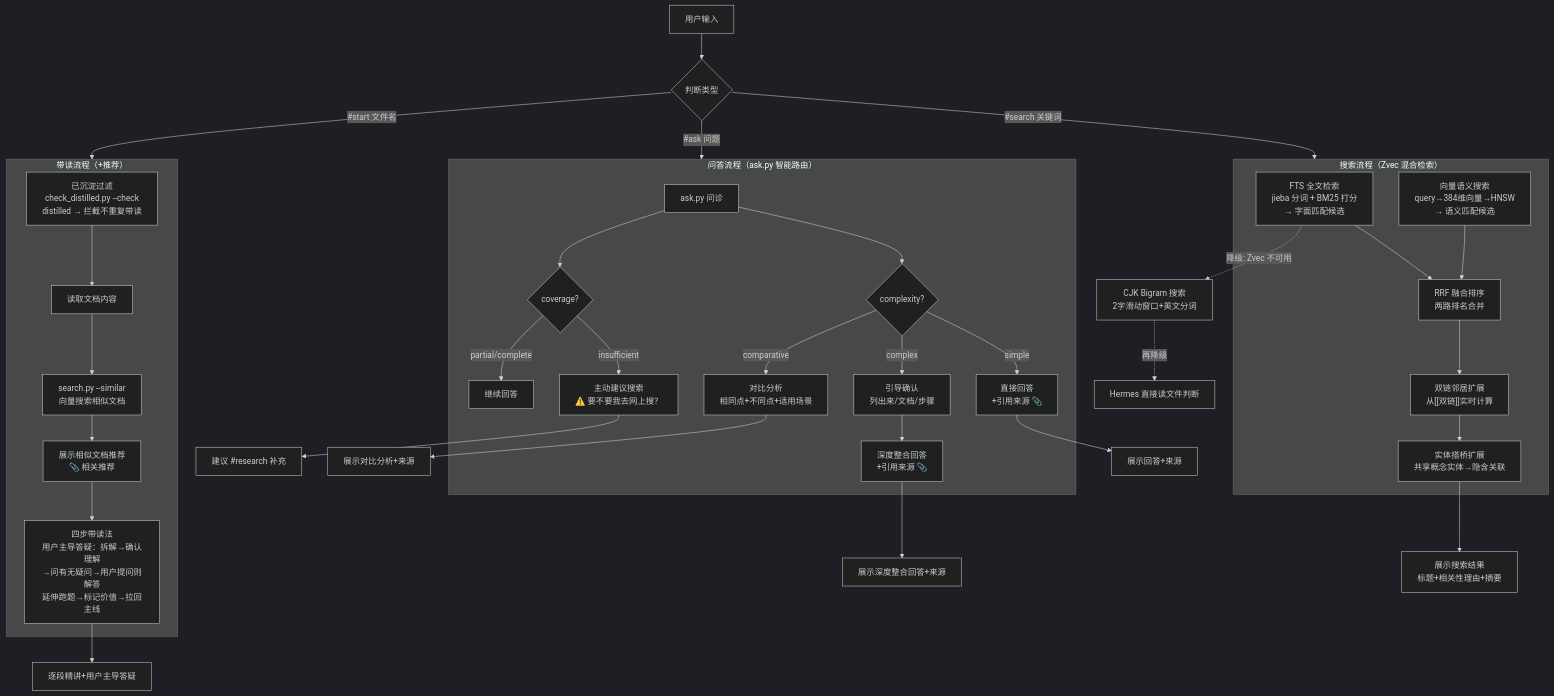
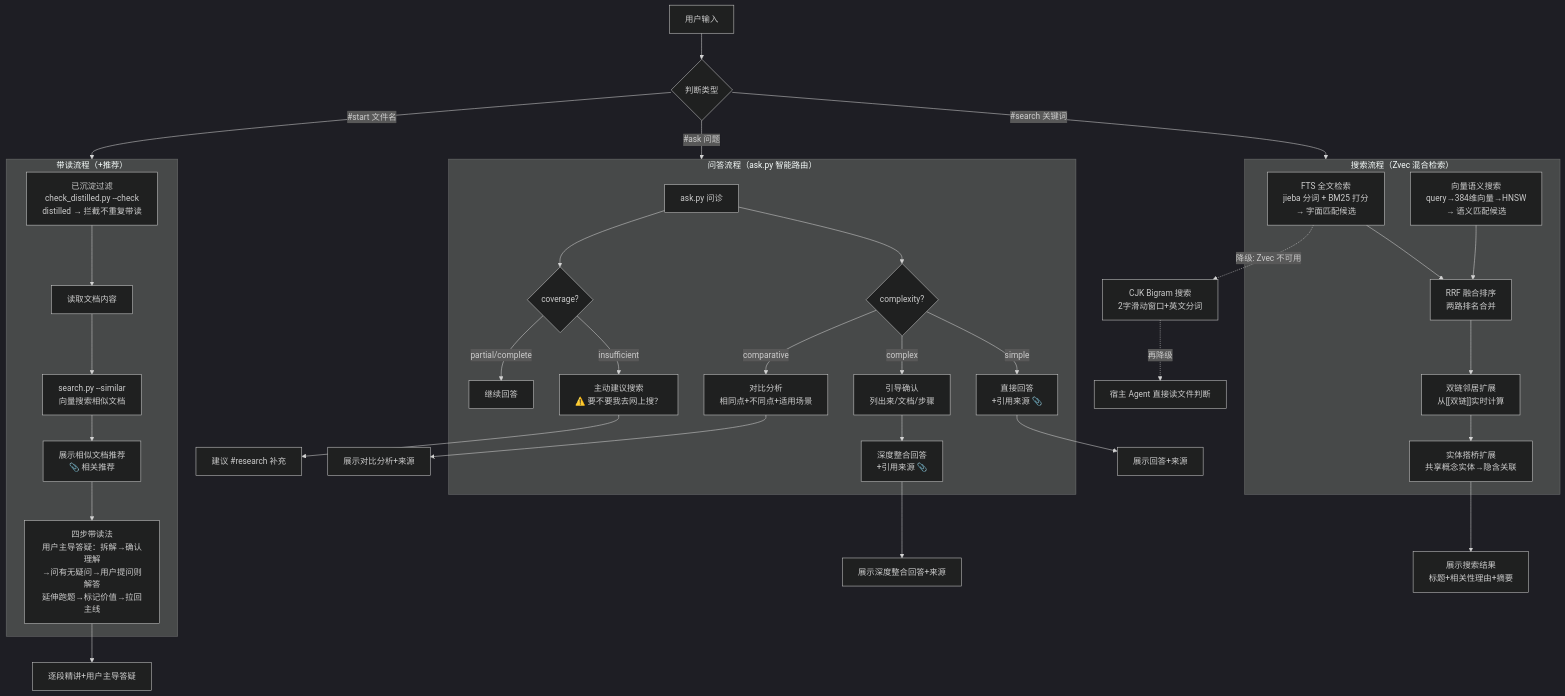
Before and after one commit to zhe97396-tech/llm-wiki-copilot: the fourth of 9 diagrams in docs/architecture-flowcharts.md, drawn with Mermaid (dark theme). The commit also changed other lines of this file and 16 other files, not shown here.

````diff
--- a/docs/architecture-flowcharts.md
+++ b/docs/architecture-flowcharts.md
@@ -210,43 +210,43 @@
 ```mermaid
 flowchart TD
     Q["用户输入"] --> Type{判断类型}
 
     Type -->|"#search 关键词"| Search
     Type -->|"#ask 问题"| Ask
     Type -->|"#start 文件名"| Start
 
     subgraph Search["搜索流程（Zvec 混合检索）"]
         S1["FTS 全文检索<br/>jieba 分词 + BM25 打分<br/>→ 字面匹配候选"] --> S3["RRF 融合排序<br/>两路排名合并"]
         S2["向量语义搜索<br/>query→384维向量→HNSW<br/>→ 语义匹配候选"] --> S3
         S3 --> S4["双链邻居扩展<br/>从[[双链]]实时计算"]
         S4 --> S4B["实体搭桥扩展<br/>共享概念实体→隐含关联"]
     end
 
     subgraph Ask["问答流程（ask.py 智能路由）"]
         A1["ask.py 问诊"] --> A2a{"complexity?"}
         A2a -->|"simple"| A3a["直接回答<br/>+引用来源 📎"]
         A2a -->|"complex"| A3b["引导确认<br/>列出来/文档/步骤"]
         A2a -->|"comparative"| A3c["对比分析<br/>相同点+不同点+适用场景"]
         A3b --> A4["深度整合回答<br/>+引用来源 📎"]
         A1 --> A5{"coverage?"}
         A5 -->|"insufficient"| A6["主动建议搜索<br/>⚠️ 要不要我去网上搜？"]
         A5 -->|"partial/complete"| A7["继续回答"]
     end
 
     subgraph Start["带读流程（+推荐）"]
         ST0["已沉淀过滤<br/>check_distilled.py --check<br/>distilled → 拦截不重复带读"] --> ST1["读取文档内容"]
         ST1 --> ST2["search.py --similar<br/>向量搜索相似文档"]
         ST2 --> ST3["展示相似文档推荐<br/>📎 相关推荐"]
         ST3 --> ST4["四步带读法<br/>用户主导答疑：拆解→确认理解<br/>→问有无疑问→用户提问则解答<br/>延伸跑题→标记价值→拉回主线"]
     end
 
     S4B --> R1["展示搜索结果<br/>标题+相关性理由+摘要"]
     A3a --> R2a["展示回答+来源"]
     A4 --> R2b["展示深度整合回答+来源"]
     A3c --> R2c["展示对比分析+来源"]
     A6 --> R2d["建议 #research 补充"]
     ST4 --> R3["逐段精讲+用户主导答疑"]
 
     S1 -.->|"降级: Zvec 不可用"| S5["CJK Bigram 搜索<br/>2字滑动窗口+英文分词"]
-    S5 -.->|"再降级"| S6["Hermes 直接读文件判断"]
+    S5 -.->|"再降级"| S6["宿主 Agent 直接读文件判断"]
 ```
````
